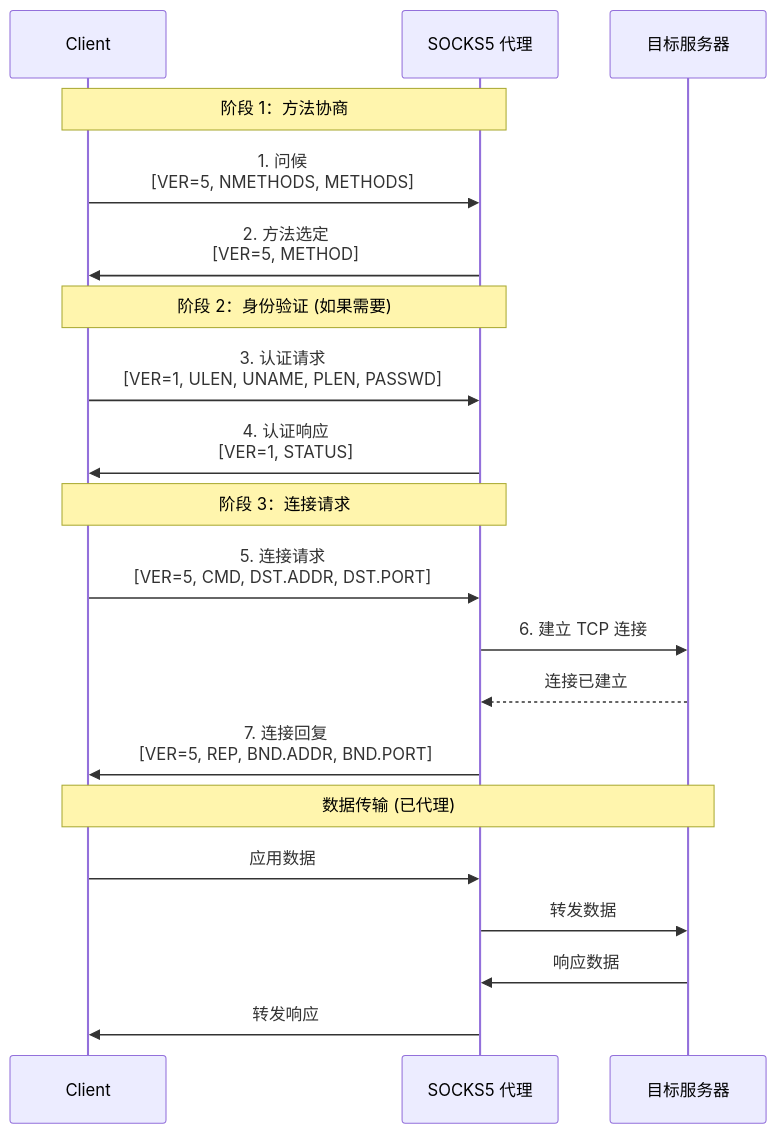
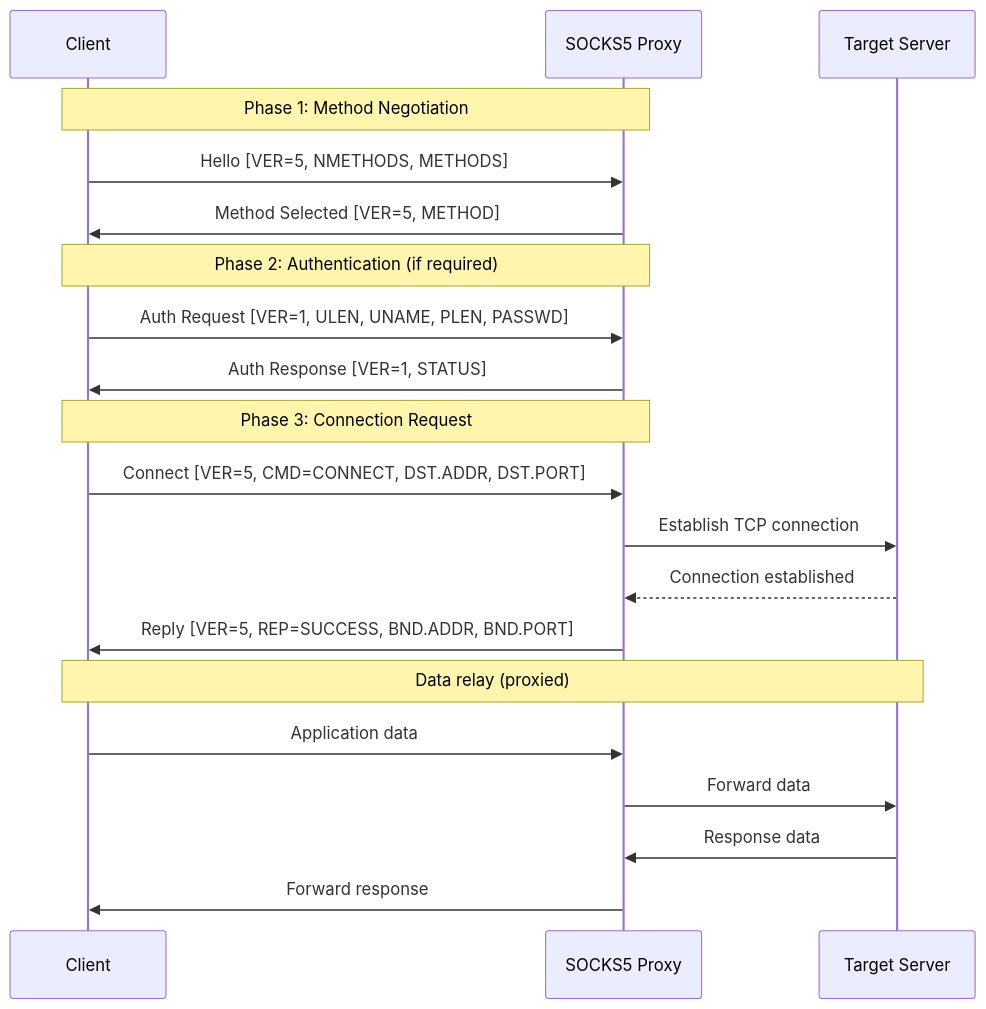
Before and after one commit to autoscrape-labs/pydoll: the first of 3 diagrams in docs/zh/deep-dive/network/socks-proxies.md, drawn with Mermaid. The commit also changed other lines of this file and 9 other files, not shown here.

````diff
--- a/docs/zh/deep-dive/network/socks-proxies.md
+++ b/docs/zh/deep-dive/network/socks-proxies.md
@@ -144,26 +48,26 @@
 ```mermaid
 sequenceDiagram
     participant Client
-    participant SOCKS5 as SOCKS5 代理
-    participant Server as 目标服务器
-    
-    Note over Client,SOCKS5: 阶段 1：方法协商
-    Client->>SOCKS5: 1. 问候<br/>[VER=5, NMETHODS, METHODS]
-    SOCKS5->>Client: 2. 方法选定<br/>[VER=5, METHOD]
-    
-    Note over Client,SOCKS5: 阶段 2：身份验证 (如果需要)
-    Client->>SOCKS5: 3. 认证请求<br/>[VER=1, ULEN, UNAME, PLEN, PASSWD]
-    SOCKS5->>Client: 4. 认证响应<br/>[VER=1, STATUS]
-    
-    Note over Client,SOCKS5: 阶段 3：连接请求
-    Client->>SOCKS5: 5. 连接请求<br/>[VER=5, CMD, DST.ADDR, DST.PORT]
-    SOCKS5->>Server: 6. 建立 TCP 连接
-    Server-->>SOCKS5: 连接已建立
-    SOCKS5->>Client: 7. 连接回复<br/>[VER=5, REP, BND.ADDR, BND.PORT]
-    
-    Note over Client,Server: 数据传输 (已代理)
-    Client->>SOCKS5: 应用数据
-    SOCKS5->>Server: 转发数据
-    Server->>SOCKS5: 响应数据
-    SOCKS5->>Client: 转发响应
+    participant SOCKS5 as SOCKS5 Proxy
+    participant Server as Target Server
+
+    Note over Client,SOCKS5: Phase 1: Method Negotiation
+    Client->>SOCKS5: Hello [VER=5, NMETHODS, METHODS]
+    SOCKS5->>Client: Method Selected [VER=5, METHOD]
+
+    Note over Client,SOCKS5: Phase 2: Authentication (if required)
+    Client->>SOCKS5: Auth Request [VER=1, ULEN, UNAME, PLEN, PASSWD]
+    SOCKS5->>Client: Auth Response [VER=1, STATUS]
+
+    Note over Client,SOCKS5: Phase 3: Connection Request
+    Client->>SOCKS5: Connect [VER=5, CMD=CONNECT, DST.ADDR, DST.PORT]
+    SOCKS5->>Server: Establish TCP connection
+    Server-->>SOCKS5: Connection established
+    SOCKS5->>Client: Reply [VER=5, REP=SUCCESS, BND.ADDR, BND.PORT]
+
+    Note over Client,Server: Data relay (proxied)
+    Client->>SOCKS5: Application data
+    SOCKS5->>Server: Forward data
+    Server->>SOCKS5: Response data
+    SOCKS5->>Client: Forward response
 ```
````
